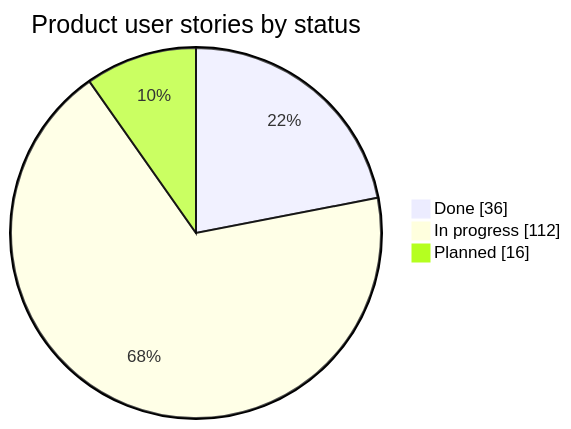
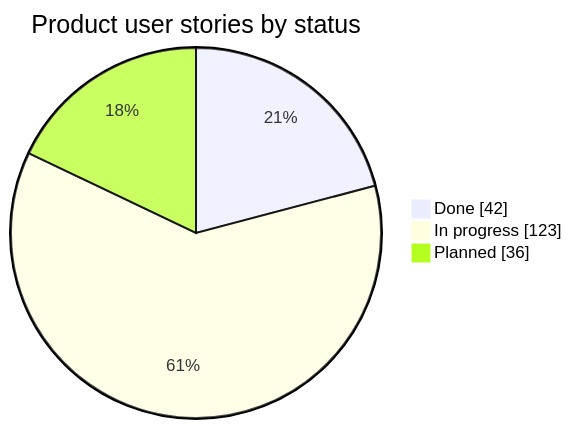
Before and after one commit to PflanzenDex/PflanzenDex: the first of 3 diagrams in README.md, drawn with Mermaid. The commit also changed other lines of this file, not shown here.

````diff
--- a/README.md
+++ b/README.md
@@ -33,6 +36,6 @@
 ```mermaid
 pie showData title Product user stories by status
-  "Done" : 36
-  "In progress" : 112
-  "Planned" : 16
+  "Done" : 42
+  "In progress" : 123
+  "Planned" : 36
 ```
````
